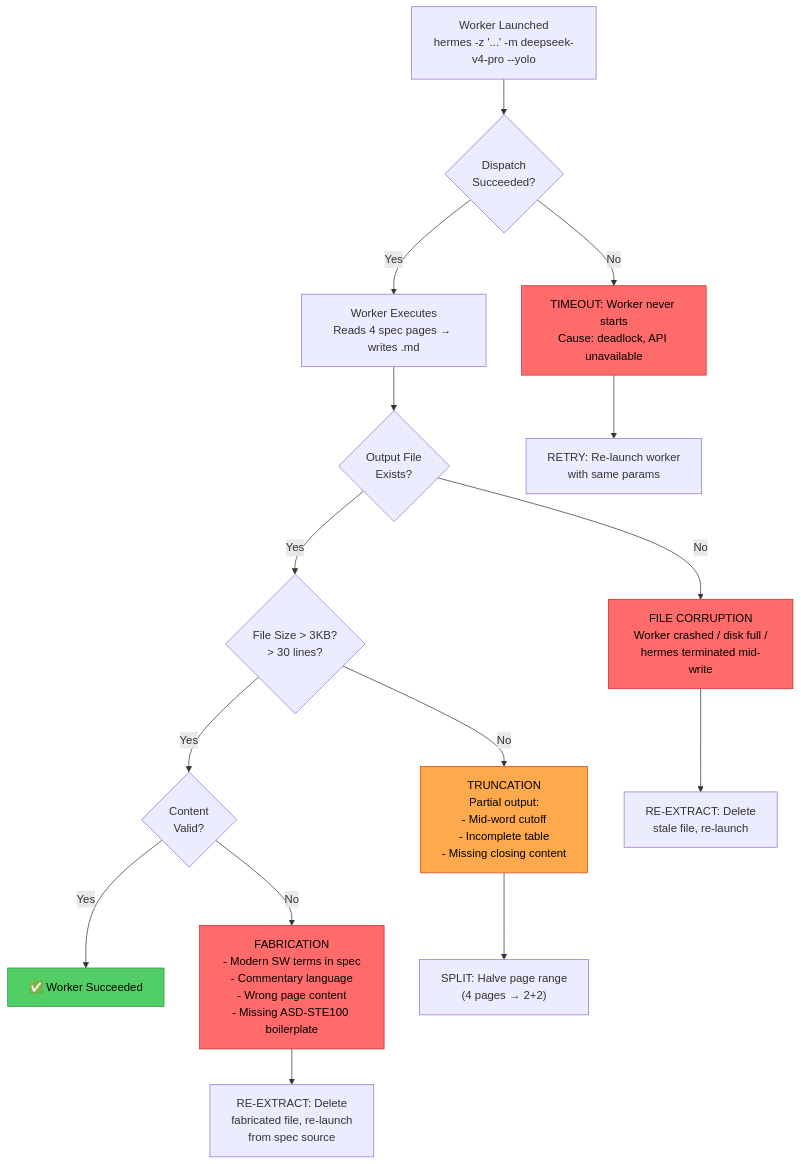
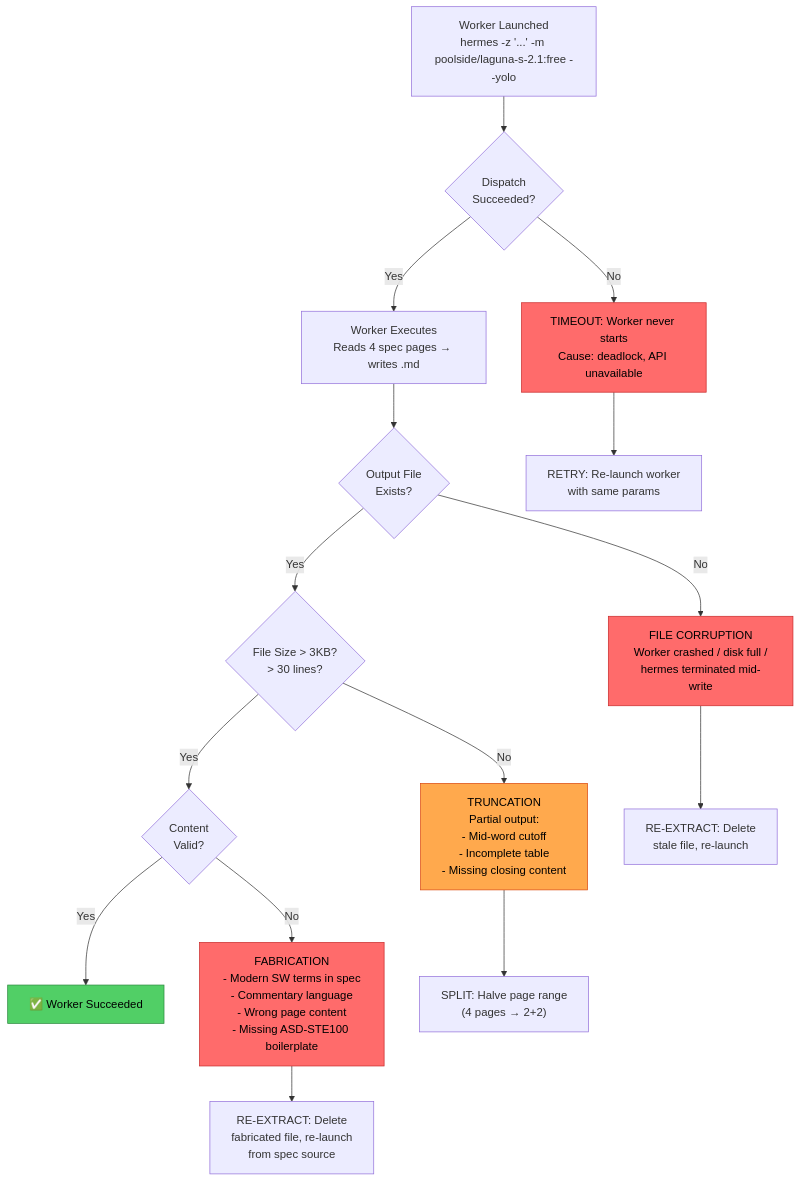
Before and after one commit to NikolaRHristov/STE-Code: the first of 26 diagrams in .agents/uml/error-recovery.md, drawn with Mermaid. The commit also changed other lines of this file and 37 other files, not shown here.

````diff
--- a/.agents/uml/error-recovery.md
+++ b/.agents/uml/error-recovery.md
@@ -115,29 +115,29 @@
 ```mermaid
 flowchart TD
-    START["Worker Launched<br/>hermes -z '...' -m deepseek-v4-pro --yolo"] --> DISPATCH
+    START["Worker Launched<br/>hermes -z '...' -m poolside/laguna-s-2.1:free --yolo"] --> DISPATCH
 
     DISPATCH{"Dispatch<br/>Succeeded?"}
     DISPATCH -->|"Yes"| RUN["Worker Executes<br/>Reads 4 spec pages → writes .md"]
     DISPATCH -->|"No"| TO["TIMEOUT: Worker never starts<br/>Cause: deadlock, API unavailable"]
 
     RUN --> CHECK{"Output File<br/>Exists?"}
     CHECK -->|"Yes"| SIZE{"File Size > 3KB?<br/>> 30 lines?"}
     CHECK -->|"No"| CORRUPT["FILE CORRUPTION<br/>Worker crashed / disk full /<br/>hermes terminated mid-write"]
 
     SIZE -->|"Yes"| CONTENT{"Content<br/>Valid?"}
     SIZE -->|"No"| TRUNC["TRUNCATION<br/>Partial output:<br/>- Mid-word cutoff<br/>- Incomplete table<br/>- Missing closing content"]
 
     CONTENT -->|"Yes"| PASS["✅ Worker Succeeded"]
     CONTENT -->|"No"| FAB["FABRICATION<br/>- Modern SW terms in spec<br/>- Commentary language<br/>- Wrong page content<br/>- Missing ASD-STE100 boilerplate"]
 
     TO --> RECOVER1["RETRY: Re-launch worker<br/>with same params"]
     CORRUPT --> RECOVER2["RE-EXTRACT: Delete<br/>stale file, re-launch"]
     TRUNC --> RECOVER3["SPLIT: Halve page range<br/>(4 pages → 2+2)"]
     FAB --> RECOVER4["RE-EXTRACT: Delete<br/>fabricated file, re-launch<br/>from spec source"]
 
     style TO fill:#ff6b6b,stroke:#c92a2a,color:#000
     style CORRUPT fill:#ff6b6b,stroke:#c92a2a,color:#000
     style TRUNC fill:#ffa94d,stroke:#d9480f,color:#000
     style FAB fill:#ff6b6b,stroke:#c92a2a,color:#000
     style PASS fill:#51cf66,stroke:#2b8a3e,color:#000
 ```
````
